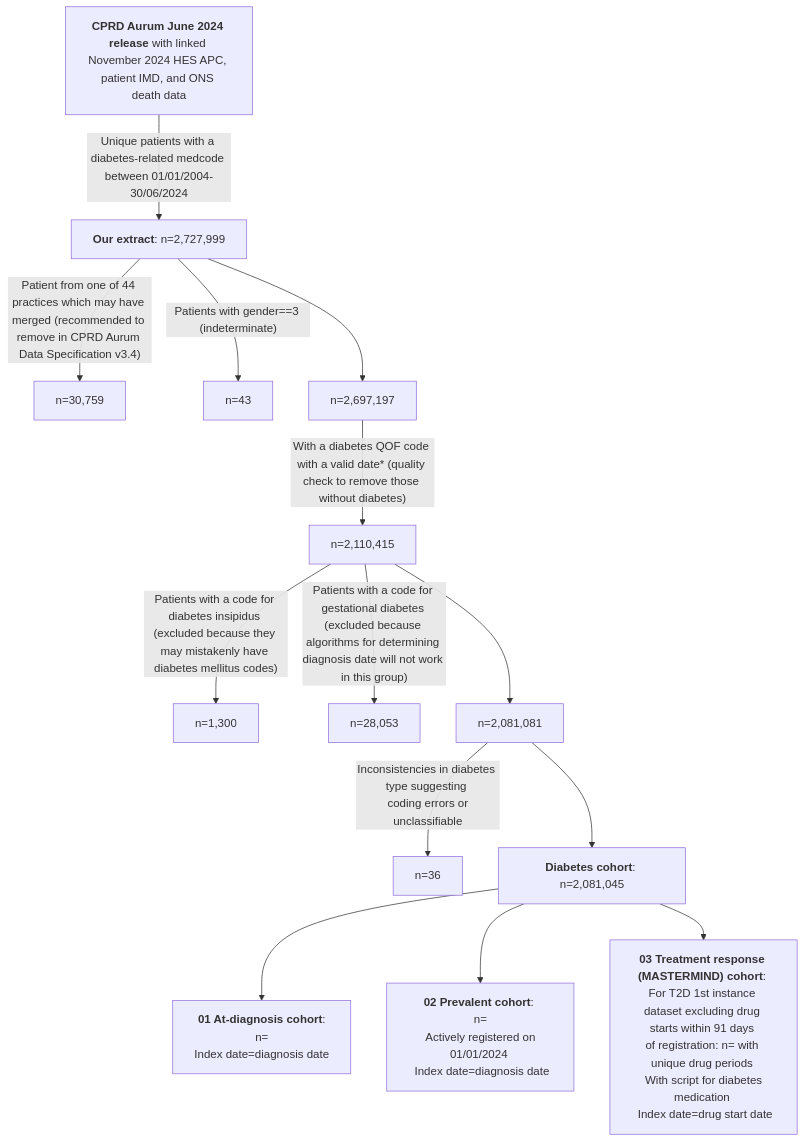
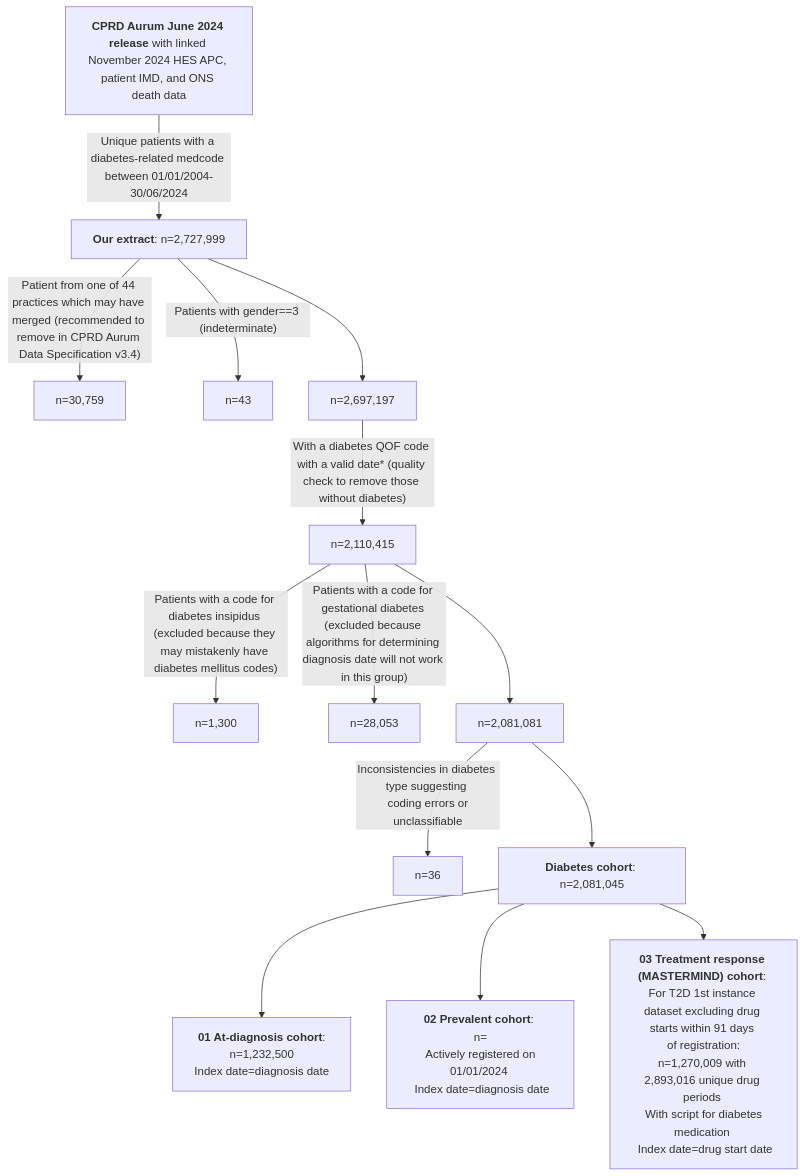
The first of 2 diagrams in README.md (Exeter-Diabetes/CPRD-Cohort-scripts), drawn with Mermaid before and after one commit.

````diff
--- a/README.md
+++ b/README.md
@@ -12,16 +12,16 @@
 ```mermaid
 graph TD;
     A["<b>CPRD Aurum June 2024 release</b> with linked November 2024 HES APC, patient IMD, and ONS death data"] --> |"Unique patients with a diabetes-related medcode between 01/01/2004-30/06/2024"| B["<b>Our extract</b>: n=2,727,999"]
     B -->|"Patient from one of 44 practices which may have merged (recommended to remove in CPRD Aurum Data Specification v3.4)"|C["n=30,759"]
     B -->|"Patients with gender==3 (indeterminate)"|D["n=43"]
     B --> E["n=2,697,197"]
     E -->|"With a diabetes QOF code with a valid date* (quality check to remove those without diabetes)"|F["n=2,110,415"]
     F -->|"Patients with a code for diabetes insipidus (excluded because they may mistakenly have diabetes mellitus codes)"|G["n=1,300"]
     F -->|"Patients with a code for gestational diabetes (excluded because algorithms for determining diagnosis date will not work in this group)"|H["n=28,053"]
     F --> I["n=2,081,081"]
     I --> |"Inconsistencies in diabetes type suggesting <br> coding errors or unclassifiable"|J["n=36"]
     I --> K["<b>Diabetes cohort</b>: n=2,081,045"]
-    K --> L["<b>01 At-diagnosis cohort</b>: <br> n= <br> Index date=diagnosis date"]
+    K --> L["<b>01 At-diagnosis cohort</b>: <br> n=1,232,500 <br> Index date=diagnosis date"]
     K --> M["<b>02 Prevalent cohort</b>: <br> n= <br> Actively registered on 01/01/2024 <br> Index date=diagnosis date"]
-    K --> N["<b>03 Treatment response (MASTERMIND) cohort</b>: For T2D 1st instance dataset excluding drug starts within 91 days <br> of registration: n= with  unique drug periods <br> With script for diabetes medication <br> Index date=drug start date"]
+    K --> N["<b>03 Treatment response (MASTERMIND) cohort</b>: For T2D 1st instance dataset excluding drug starts within 91 days <br> of registration: n=1,270,009 with 2,893,016 unique drug periods <br> With script for diabetes medication <br> Index date=drug start date"]
 ```
````
